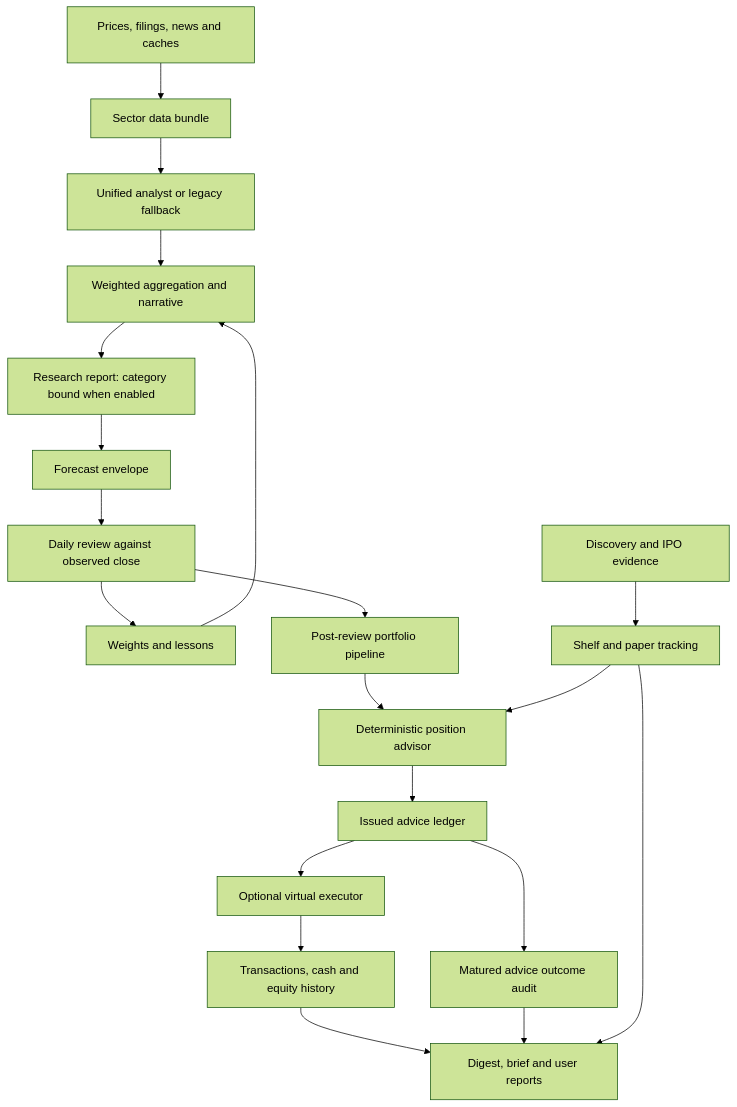
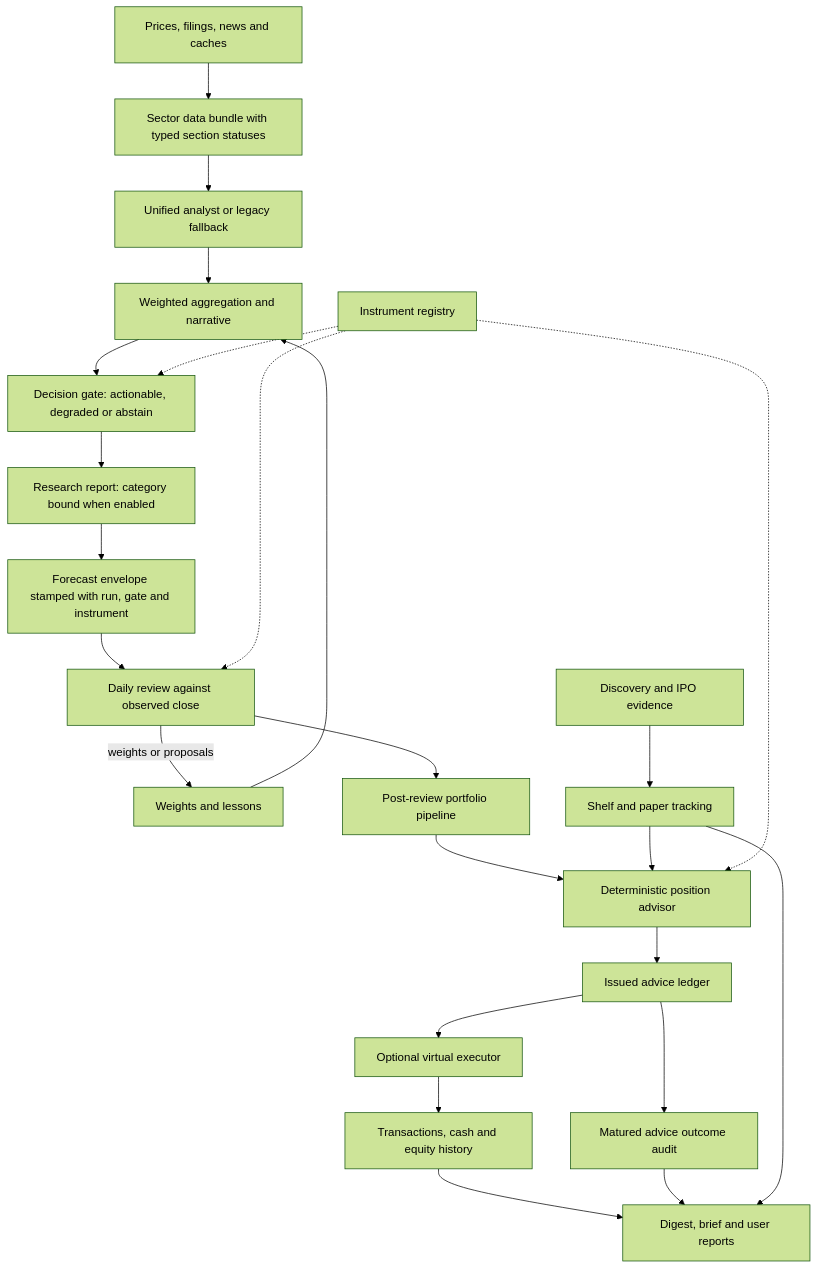
One commit to RevanParimi/StockAgent changed the diagram in docs/ARCHITECTURE.md. Above: the diagram before and after it, drawn with Mermaid (forest theme). The commit also changed other lines of this file and 9 other files, not shown here.

````diff
--- a/docs/ARCHITECTURE.md
+++ b/docs/ARCHITECTURE.md
@@ -30,22 +29,26 @@
 ```mermaid
 flowchart TD
-    D[Prices, filings, news and caches] --> B[Sector data bundle]
+    D[Prices, filings, news and caches] --> B[Sector data bundle with typed section statuses]
     B --> U[Unified analyst or legacy fallback]
     U --> A[Weighted aggregation and narrative]
     W[Weights and lessons] --> A
-    A --> R[Research report: category bound when enabled]
-    R --> E[Forecast envelope]
+    A --> G[Decision gate: actionable, degraded or abstain]
+    G --> R[Research report: category bound when enabled]
+    R --> E[Forecast envelope stamped with run, gate and instrument]
     E --> F[Daily review against observed close]
-    F --> W
+    F -->|weights or proposals| W
     F --> P[Post-review portfolio pipeline]
     P --> V[Deterministic position advisor]
     V --> L[Issued advice ledger]
     L --> X[Optional virtual executor]
     X --> T[Transactions, cash and equity history]
     L --> O[Matured advice outcome audit]
     T --> S[Digest, brief and user reports]
     O --> S
     I[Discovery and IPO evidence] --> C[Shelf and paper tracking]
     C --> V
     C --> S
+    K[Instrument registry] -.-> G
+    K -.-> F
+    K -.-> V
 ```
````
